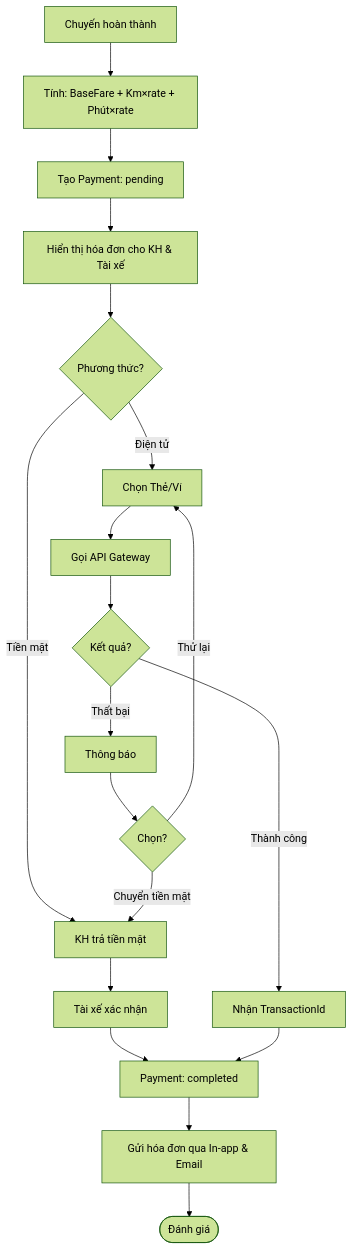
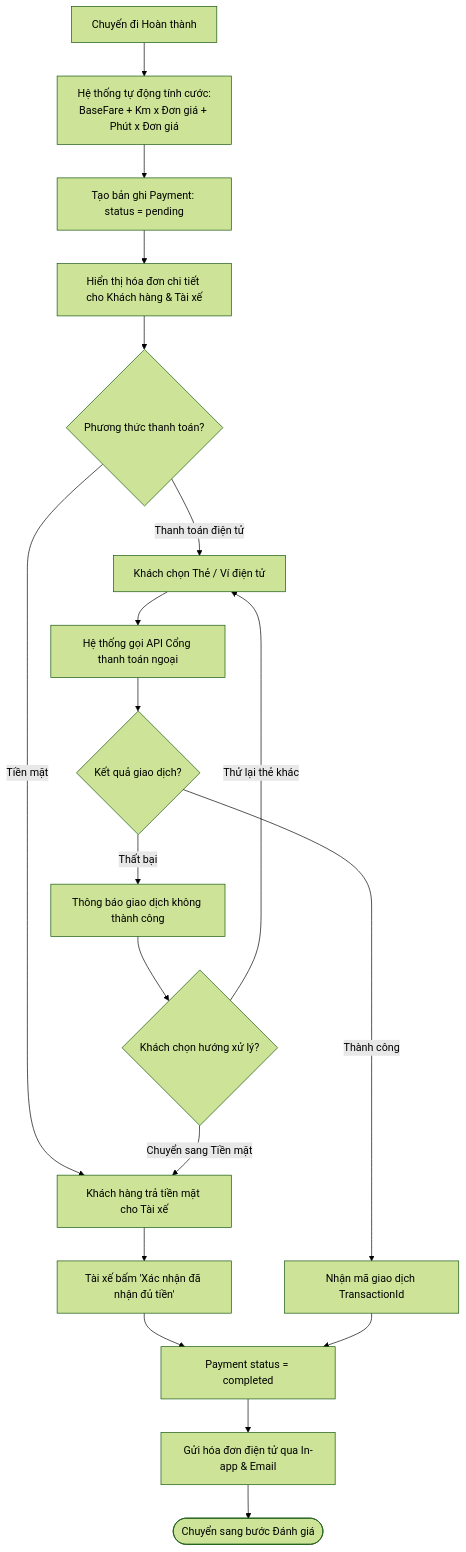
One commit to toru12030-netizen/23732061_MaiQuocHung_CabSystem changed the ninth of 16 diagrams in srs.md. Above: the diagram before and after it, drawn with Mermaid (forest theme). The commit also changed other lines of this file and 1 other file, not shown here.

````diff
--- a/srs.md
+++ b/srs.md
@@ -485,21 +808,27 @@
 ```mermaid
 flowchart TD
-    A[Chuyến hoàn thành] --> B[Tính: BaseFare + Km×rate + Phút×rate]
-    B --> C[Tạo Payment: pending]
-    C --> D[Hiển thị hóa đơn cho KH & Tài xế]
-    D --> E{Phương thức?}
-    E -- Tiền mặt --> Cash[KH trả tiền mặt]
-    Cash --> CashConfirm[Tài xế xác nhận]
-    CashConfirm --> PaySuccess[Payment: completed]
-    E -- Điện tử --> OnlinePay[Chọn Thẻ/Ví]
-    OnlinePay --> GatewayReq[Gọi API Gateway]
-    GatewayReq --> GatewayProcess{Kết quả?}
-    GatewayProcess -- Thành công --> TokenRes[Nhận TransactionId]
+    A[Chuyến đi Hoàn thành] --> B[Hệ thống tự động tính cước:<br/>BaseFare + Km x Đơn giá + Phút x Đơn giá]
+    B --> C[Tạo bản ghi Payment: status = pending]
+    C --> D[Hiển thị hóa đơn chi tiết cho Khách hàng & Tài xế]
+    
+    D --> E{Phương thức thanh toán?}
+    
+    E -- Tiền mặt --> Cash[Khách hàng trả tiền mặt cho Tài xế]
+    Cash --> CashConfirm[Tài xế bấm 'Xác nhận đã nhận đủ tiền']
+    CashConfirm --> PaySuccess[Payment status = completed]
+    
+    E -- Thanh toán điện tử --> OnlinePay[Khách chọn Thẻ / Ví điện tử]
+    OnlinePay --> GatewayReq[Hệ thống gọi API Cổng thanh toán ngoại]
+    GatewayReq --> GatewayProcess{Kết quả giao dịch?}
+    
+    GatewayProcess -- Thành công --> TokenRes[Nhận mã giao dịch TransactionId]
     TokenRes --> PaySuccess
-    GatewayProcess -- Thất bại --> PayFail[Thông báo]
-    PayFail --> RetryChoice{Chọn?}
-    RetryChoice -- Thử lại --> OnlinePay
-    RetryChoice -- Chuyển tiền mặt --> Cash
-    PaySuccess --> SendReceipt[Gửi hóa đơn qua In-app & Email]
-    SendReceipt --> NextStep([Đánh giá])
+    
+    GatewayProcess -- Thất bại --> PayFail[Thông báo giao dịch không thành công]
+    PayFail --> RetryChoice{Khách chọn hướng xử lý?}
+    RetryChoice -- Thử lại thẻ khác --> OnlinePay
+    RetryChoice -- Chuyển sang Tiền mặt --> Cash
+    
+    PaySuccess --> SendReceipt[Gửi hóa đơn điện tử qua In-app & Email]
+    SendReceipt --> NextStep([Chuyển sang bước Đánh giá])
 ```
````
